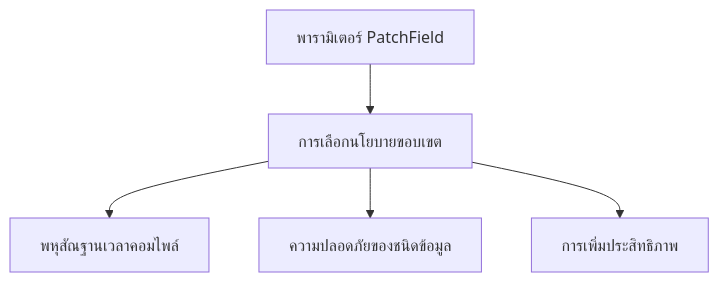
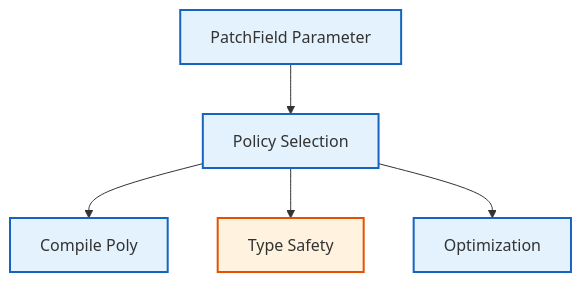
The fourth of 4 diagrams in MODULE_05_OPENFOAM_PROGRAMMING/CONTENT/08_FIELD_TYPES/00_Overview.md (wramet/build-my-cfd), drawn with Mermaid before and after one commit. The commit also changed other lines of this file and 313 other files, not shown here.

Commit message:
Revise all diagram

````diff
--- a/MODULE_05_OPENFOAM_PROGRAMMING/CONTENT/08_FIELD_TYPES/00_Overview.md
+++ b/MODULE_05_OPENFOAM_PROGRAMMING/CONTENT/08_FIELD_TYPES/00_Overview.md
@@ -321,7 +333,11 @@
 ```mermaid
 graph TD
-    A[พารามิเตอร์ PatchField] --> B[การเลือกนโยบายขอบเขต]
-    B --> C[พหุสัณฐานเวลาคอมไพล์]
-    B --> D[ความปลอดภัยของชนิดข้อมูล]
-    B --> E[การเพิ่มประสิทธิภาพ]
+%% Classes
+classDef explicit fill:#fff3e0,stroke:#e65100,stroke-width:2px;
+classDef implicit fill:#e3f2fd,stroke:#1565c0,stroke-width:2px;
+%% Nodes
+A[PatchField Parameter]:::implicit --> B[Policy Selection]:::implicit
+B --> C[Compile Poly]:::implicit
+B --> D[Type Safety]:::explicit
+B --> E[Optimization]:::implicit
 ```
````
